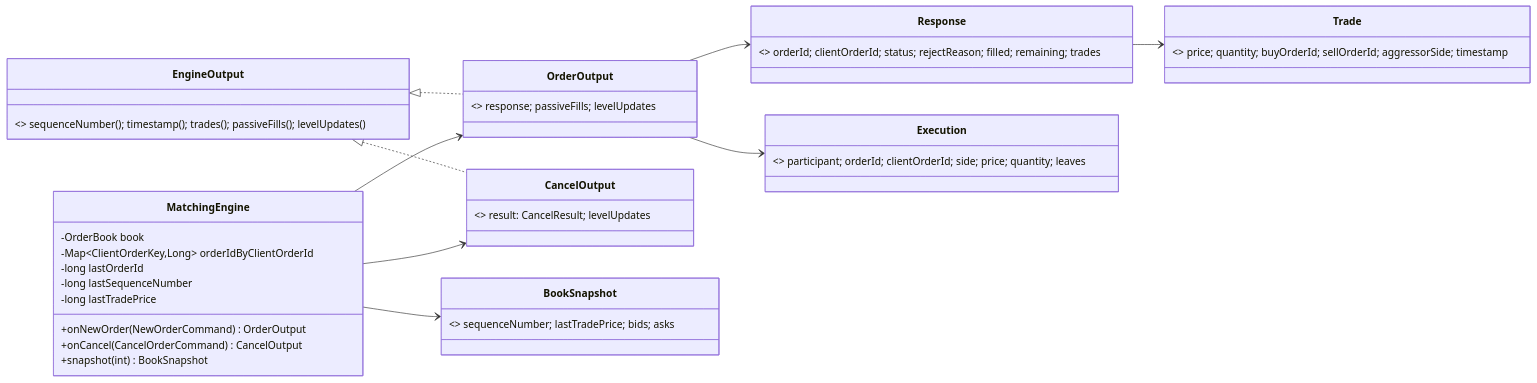
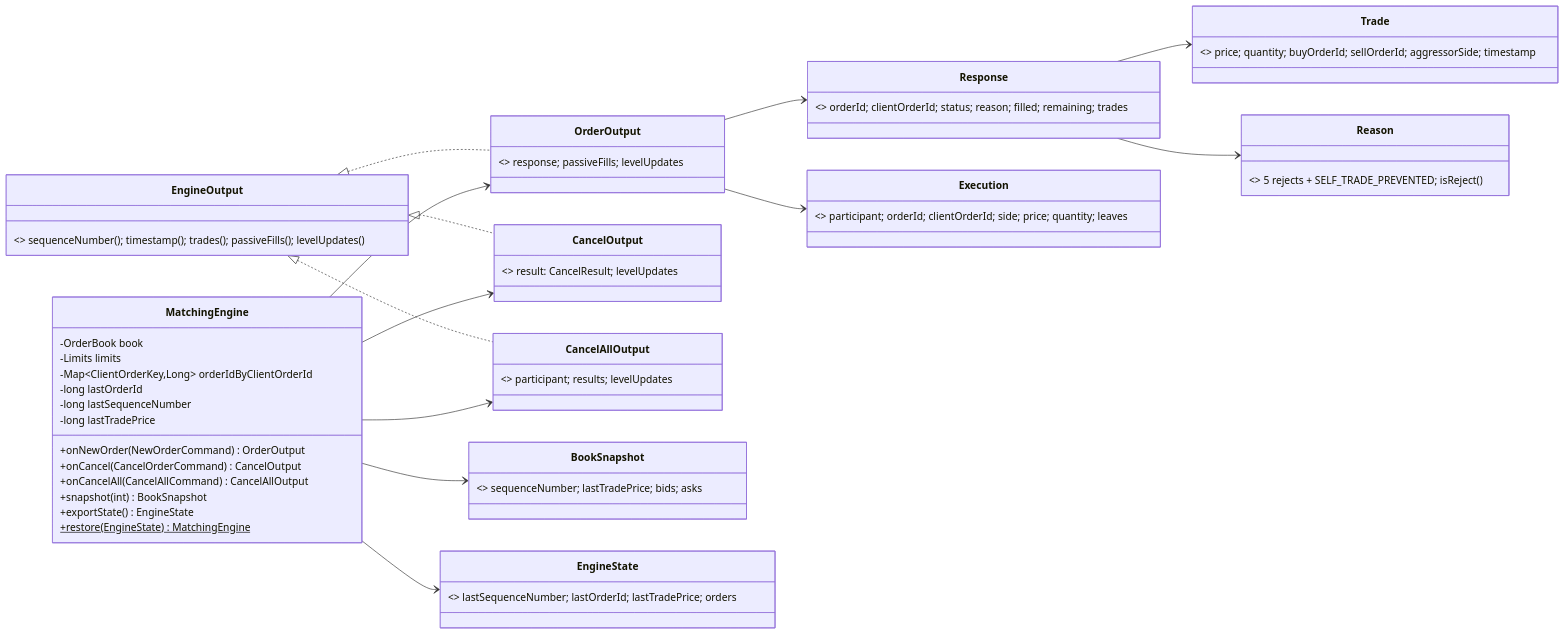
Before and after one commit to SampannaNampalli/ExchangeSystem: the first of 3 diagrams in docs/understanding/07-modules/engine.md, drawn with Mermaid. The commit also changed other lines of this file and 30 other files, not shown here.

````diff
--- a/docs/understanding/07-modules/engine.md
+++ b/docs/understanding/07-modules/engine.md
@@ -33,29 +37,40 @@
 ```mermaid
 classDiagram
     direction LR
     class MatchingEngine {
       -OrderBook book
+      -Limits limits
       -Map~ClientOrderKey,Long~ orderIdByClientOrderId
       -long lastOrderId
       -long lastSequenceNumber
       -long lastTradePrice
       +onNewOrder(NewOrderCommand) OrderOutput
       +onCancel(CancelOrderCommand) CancelOutput
+      +onCancelAll(CancelAllCommand) CancelAllOutput
       +snapshot(int) BookSnapshot
+      +exportState() EngineState
+      +restore(EngineState)$ MatchingEngine
     }
     class EngineOutput { <<sealed>> sequenceNumber(); timestamp(); trades(); passiveFills(); levelUpdates() }
     class OrderOutput { <<record>> response; passiveFills; levelUpdates }
     class CancelOutput { <<record>> result: CancelResult; levelUpdates }
-    class Response { <<record>> orderId; clientOrderId; status; rejectReason; filled; remaining; trades }
+    class CancelAllOutput { <<record>> participant; results; levelUpdates }
+    class Response { <<record>> orderId; clientOrderId; status; reason; filled; remaining; trades }
+    class Reason { <<enum>> 5 rejects + SELF_TRADE_PREVENTED; isReject() }
     class Trade { <<record>> price; quantity; buyOrderId; sellOrderId; aggressorSide; timestamp }
     class Execution { <<record>> participant; orderId; clientOrderId; side; price; quantity; leaves }
     class BookSnapshot { <<record>> sequenceNumber; lastTradePrice; bids; asks }
+    class EngineState { <<record>> lastSequenceNumber; lastOrderId; lastTradePrice; orders }
     EngineOutput <|.. OrderOutput
     EngineOutput <|.. CancelOutput
+    EngineOutput <|.. CancelAllOutput
     OrderOutput --> Response
     OrderOutput --> Execution
     Response --> Trade
+    Response --> Reason
     MatchingEngine --> OrderOutput
     MatchingEngine --> CancelOutput
+    MatchingEngine --> CancelAllOutput
     MatchingEngine --> BookSnapshot
+    MatchingEngine --> EngineState
 ```
````
